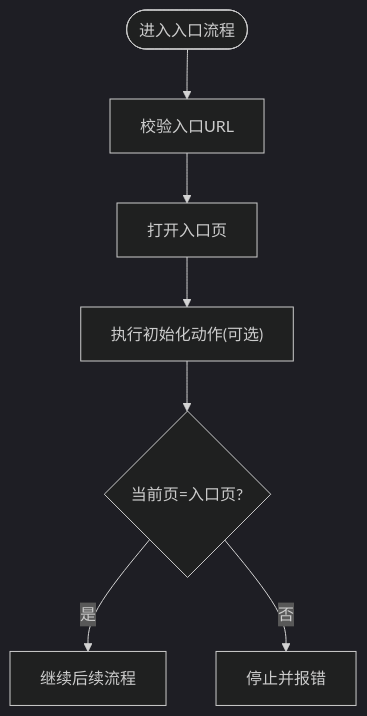
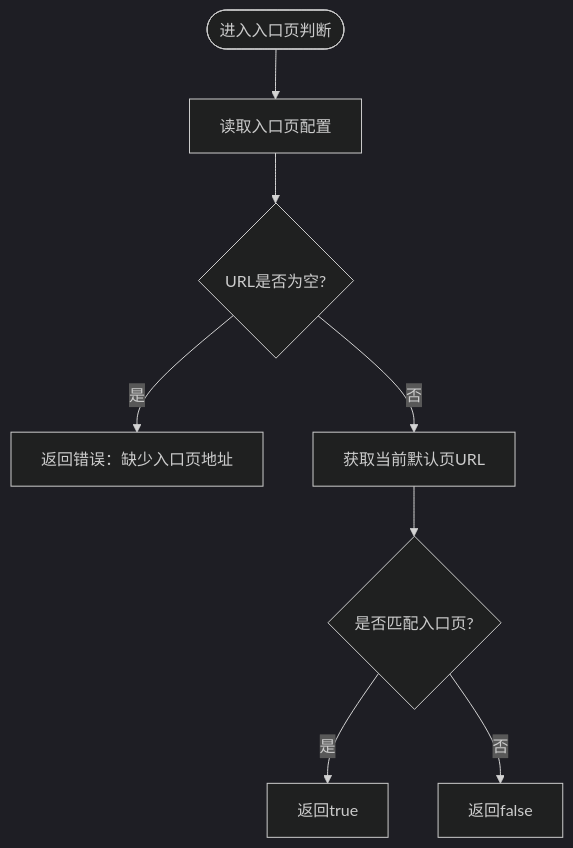
Before and after one commit to alvinwangzi/goodhr: the third of 9 diagrams in .qoder/repowiki/zh/content/本地执行器/平台适配器/猎聘适配器/猎聘适配器.md, drawn with Mermaid (dark theme). The commit also changed other lines of this file and 149 other files, not shown here.

````diff
--- a/.qoder/repowiki/zh/content/本地执行器/平台适配器/猎聘适配器/猎聘适配器.md
+++ b/.qoder/repowiki/zh/content/本地执行器/平台适配器/猎聘适配器/猎聘适配器.md
@@ -137,9 +147,10 @@
 ```mermaid
 flowchart TD
-Start(["进入入口流程"]) --> CheckURL["校验入口URL"]
-CheckURL --> OpenPage["打开入口页"]
-OpenPage --> InitPage["执行初始化动作(可选)"]
-InitPage --> IsEntry{"当前页=入口页?"}
-IsEntry --> |是| Continue["继续后续流程"]
-IsEntry --> |否| Stop["停止并报错"]
+Start(["进入入口页判断"]) --> GetCfg["读取入口页配置"]
+GetCfg --> CheckURL{"URL是否为空?"}
+CheckURL -- 是 --> Err["返回错误：缺少入口页地址"]
+CheckURL -- 否 --> GetCurrent["获取当前默认页URL"]
+GetCurrent --> Match{"是否匹配入口页?"}
+Match -- 是 --> True["返回true"]
+Match -- 否 --> False["返回false"]
 ```
````
